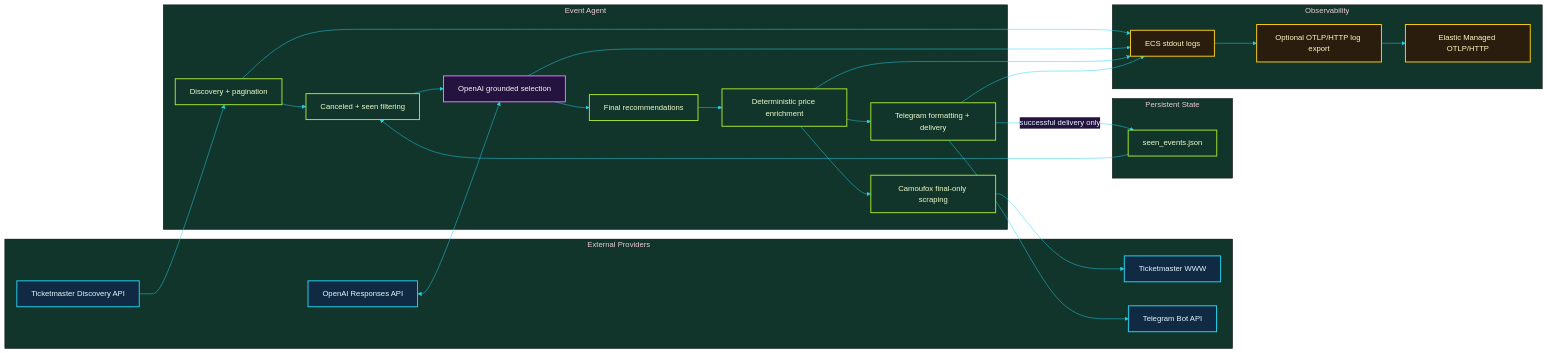
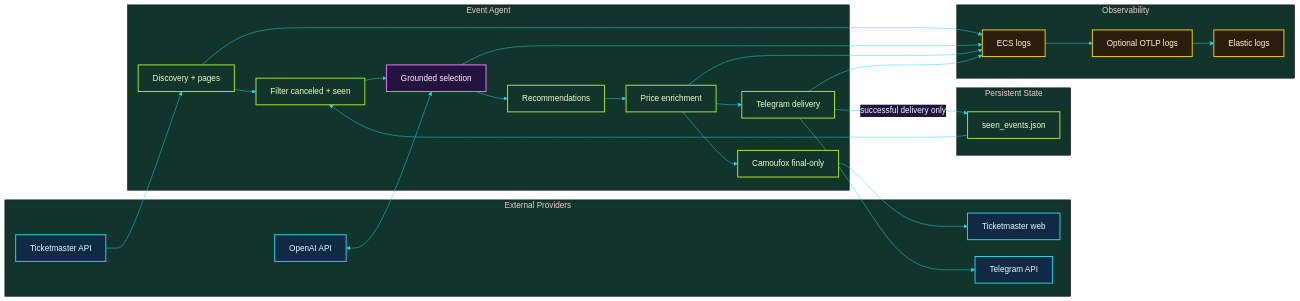
Before and after one commit to michalmarczuk/event-agent: the first of 3 diagrams in docs/architecture.md, drawn with Mermaid. The commit also changed other lines of this file and 3 other files, not shown here.

Commit message:
Improve Mermaid diagram readability across documentation

````diff
--- a/docs/architecture.md
+++ b/docs/architecture.md
@@ -30,51 +30,51 @@
 ```mermaid
-%%{init: {'theme': 'base', 'themeVariables': {'background': '#07111f', 'primaryColor': '#102a43', 'primaryTextColor': '#e6f7ff', 'primaryBorderColor': '#22d3ee', 'secondaryColor': '#25133f', 'tertiaryColor': '#12352b', 'lineColor': '#22d3ee', 'fontFamily': 'ui-sans-serif, system-ui'}}}%%
+%%{init: {'theme': 'base', 'themeVariables': {'background': '#07111f', 'primaryColor': '#102a43', 'primaryTextColor': '#e6f7ff', 'primaryBorderColor': '#22d3ee', 'secondaryColor': '#25133f', 'tertiaryColor': '#12352b', 'lineColor': '#22d3ee', 'fontFamily': 'ui-sans-serif, system-ui', 'fontSize': '17px'}, 'flowchart': {'nodeSpacing': 35, 'rankSpacing': 45}}}%%
 flowchart LR
     subgraph providers["External Providers"]
-        tm_api["Ticketmaster Discovery API"]
-        openai["OpenAI Responses API"]
-        tm_web["Ticketmaster WWW"]
-        telegram_api["Telegram Bot API"]
+        tm_api["Ticketmaster API"]
+        openai["OpenAI API"]
+        tm_web["Ticketmaster web"]
+        telegram_api["Telegram API"]
     end
 
     subgraph event_agent["Event Agent"]
-        discovery["Discovery + pagination"]
-        filtering["Canceled + seen filtering"]
-        selection["OpenAI grounded selection"]
-        final["Final recommendations"]
-        enrichment["Deterministic price enrichment"]
-        camoufox["Camoufox final-only scraping"]
-        delivery["Telegram formatting + delivery"]
+        discovery["Discovery + pages"]
+        filtering["Filter canceled + seen"]
+        selection["Grounded selection"]
+        final["Recommendations"]
+        enrichment["Price enrichment"]
+        camoufox["Camoufox final-only"]
+        delivery["Telegram delivery"]
     end
 
     subgraph state["Persistent State"]
         history["seen_events.json"]
     end
 
     subgraph observability["Observability"]
-        logs["ECS stdout logs"]
-        otlp["Optional OTLP/HTTP log export"]
-        elastic["Elastic Managed OTLP/HTTP"]
+        logs["ECS logs"]
+        otlp["Optional OTLP logs"]
+        elastic["Elastic logs"]
     end
 
     tm_api --> discovery --> filtering --> selection
     openai <--> selection
     selection --> final --> enrichment --> delivery
     enrichment --> camoufox --> tm_web
     delivery --> telegram_api
     history --> filtering
     delivery -->|"successful delivery only"| history
     discovery --> logs
     selection --> logs
     enrichment --> logs
     delivery --> logs --> otlp --> elastic
 
     classDef external fill:#102a43,stroke:#22d3ee,color:#e6f7ff,stroke-width:2px;
     classDef ai fill:#25133f,stroke:#e879f9,color:#fdf4ff,stroke-width:2px;
     classDef deterministic fill:#12352b,stroke:#a3e635,color:#ecfccb,stroke-width:2px;
     classDef observability fill:#2b1d0e,stroke:#facc15,color:#fef9c3,stroke-width:2px;
     class tm_api,openai,tm_web,telegram_api external;
     class selection ai;
     class discovery,filtering,final,enrichment,camoufox,delivery,history deterministic;
     class logs,otlp,elastic observability;
 ```
````
